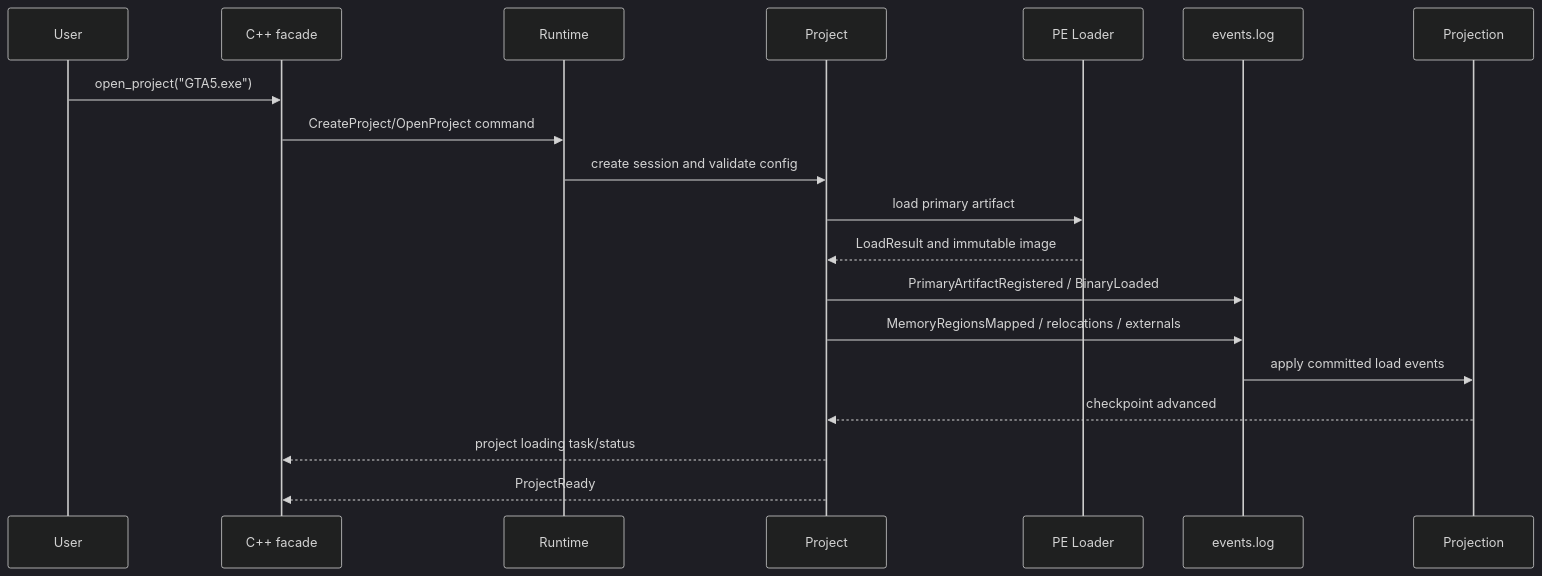
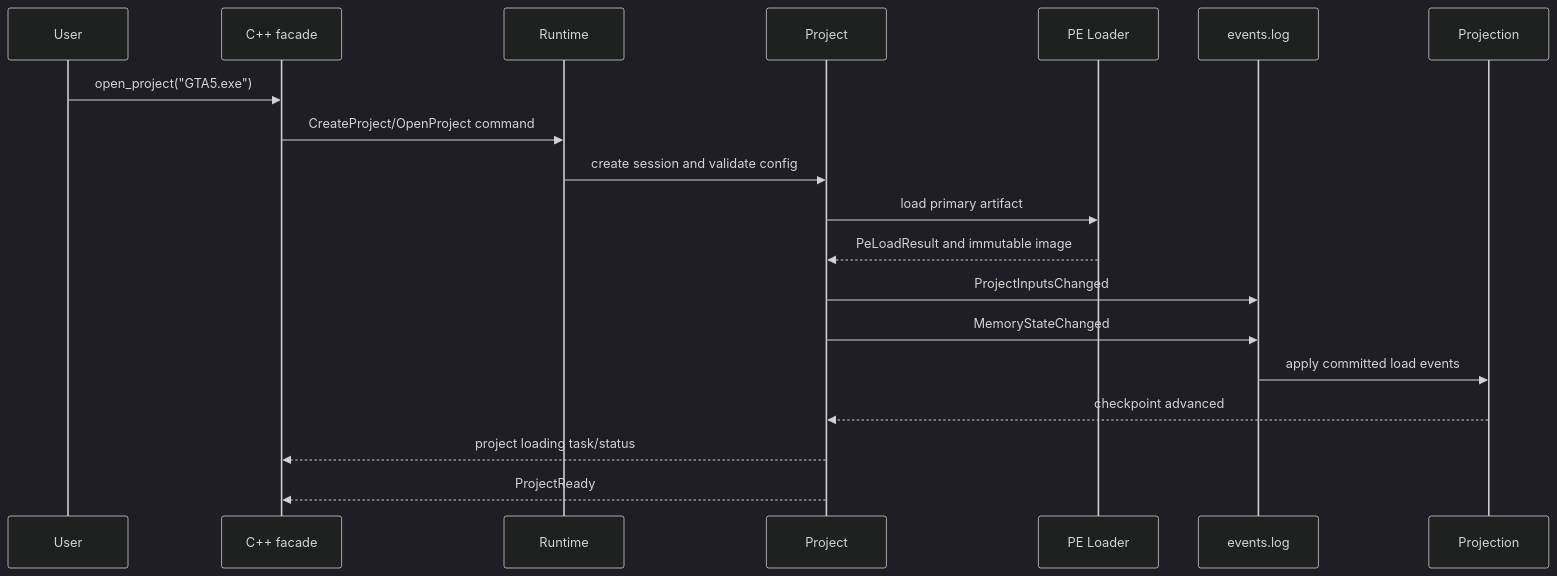
Before and after one commit to Fleynaro/ghidra-cpp: the ninth of 15 diagrams in NEW/ARCHITECTURE.md, drawn with Mermaid (dark theme). The commit also changed other lines of this file, not shown here.

First line of the commit message:
docs(architecture): clarify PE loading and MVP composition boundaries

````diff
--- a/NEW/ARCHITECTURE.md
+++ b/NEW/ARCHITECTURE.md
@@ -1246,22 +1343,22 @@
 ```mermaid
 sequenceDiagram
     participant User
     participant API as C++ facade
     participant Runtime
     participant Project
     participant PE as PE Loader
     participant Store as events.log
     participant Projection as Projection
 
     User->>API: open_project("GTA5.exe")
     API->>Runtime: CreateProject/OpenProject command
     Runtime->>Project: create session and validate config
     Project->>PE: load primary artifact
-    PE-->>Project: LoadResult and immutable image
-    Project->>Store: PrimaryArtifactRegistered / BinaryLoaded
-    Project->>Store: MemoryRegionsMapped / relocations / externals
+    PE-->>Project: PeLoadResult and immutable image
+    Project->>Store: ProjectInputsChanged
+    Project->>Store: MemoryStateChanged
     Store->>Projection: apply committed load events
     Projection-->>Project: checkpoint advanced
     Project-->>API: project loading task/status
     Project-->>API: ProjectReady
 ```
````
